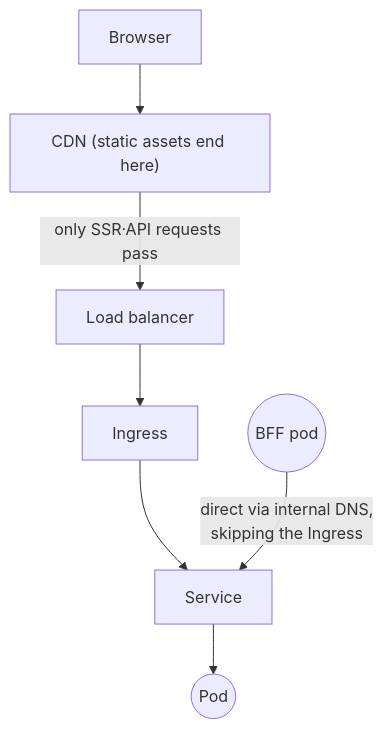
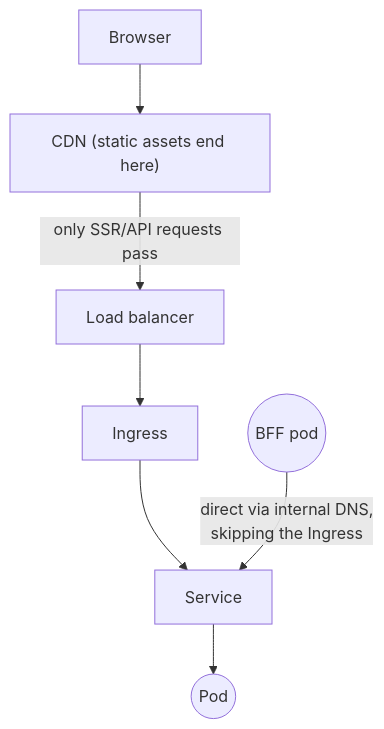
The third of 3 diagrams in apps/blog/posts/2026/08/k8s-for-frontend-1.en.md (yceffort/blog), drawn with Mermaid before and after one commit. The commit also changed other lines of this file and 1 other file, not shown here.

Commit message:
📝 Soften AI tone in k8s series part 1

````diff
--- a/apps/blog/posts/2026/08/k8s-for-frontend-1.en.md
+++ b/apps/blog/posts/2026/08/k8s-for-frontend-1.en.md
@@ -213,6 +213,6 @@
 ```mermaid
 flowchart TB
     B["Browser"] --> CDN["CDN (static assets end here)"]
-    CDN -- "only SSR·API requests pass" --> LB["Load balancer"] --> ING["Ingress"] --> SVC["Service"] --> POD(("Pod"))
+    CDN -- "only SSR/API requests pass" --> LB["Load balancer"] --> ING["Ingress"] --> SVC["Service"] --> POD(("Pod"))
     BFF(("BFF pod")) -- "direct via internal DNS,<br/>skipping the Ingress" --> SVC
 ```
````
